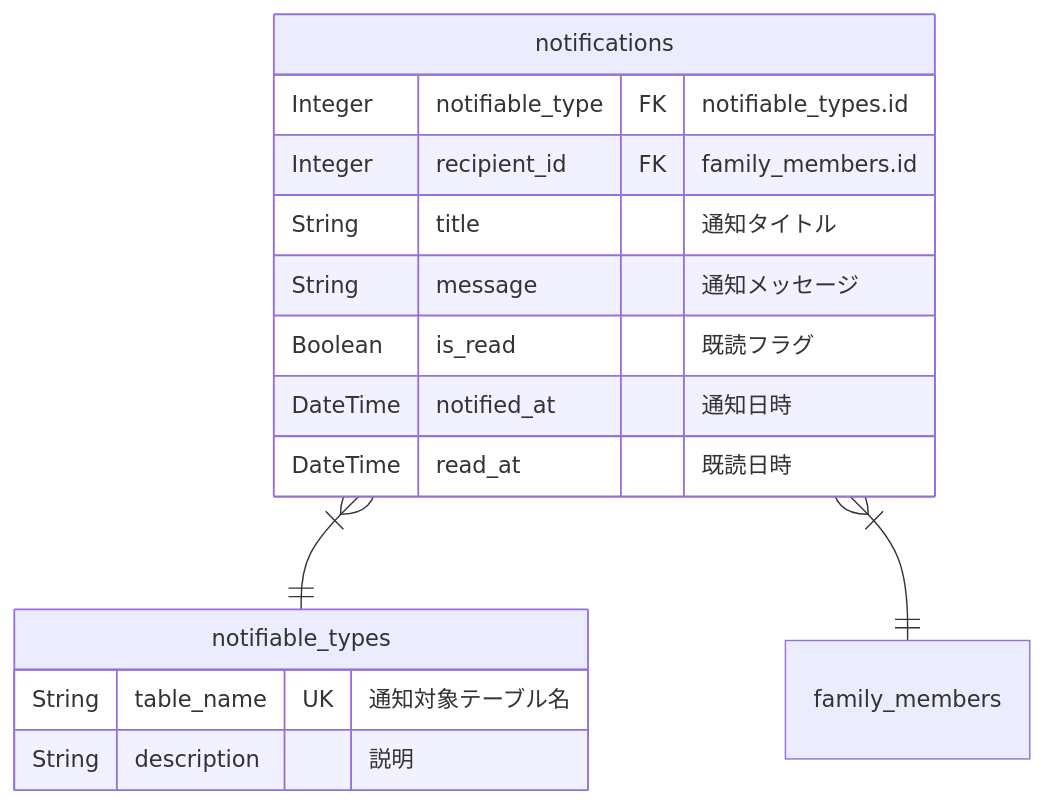
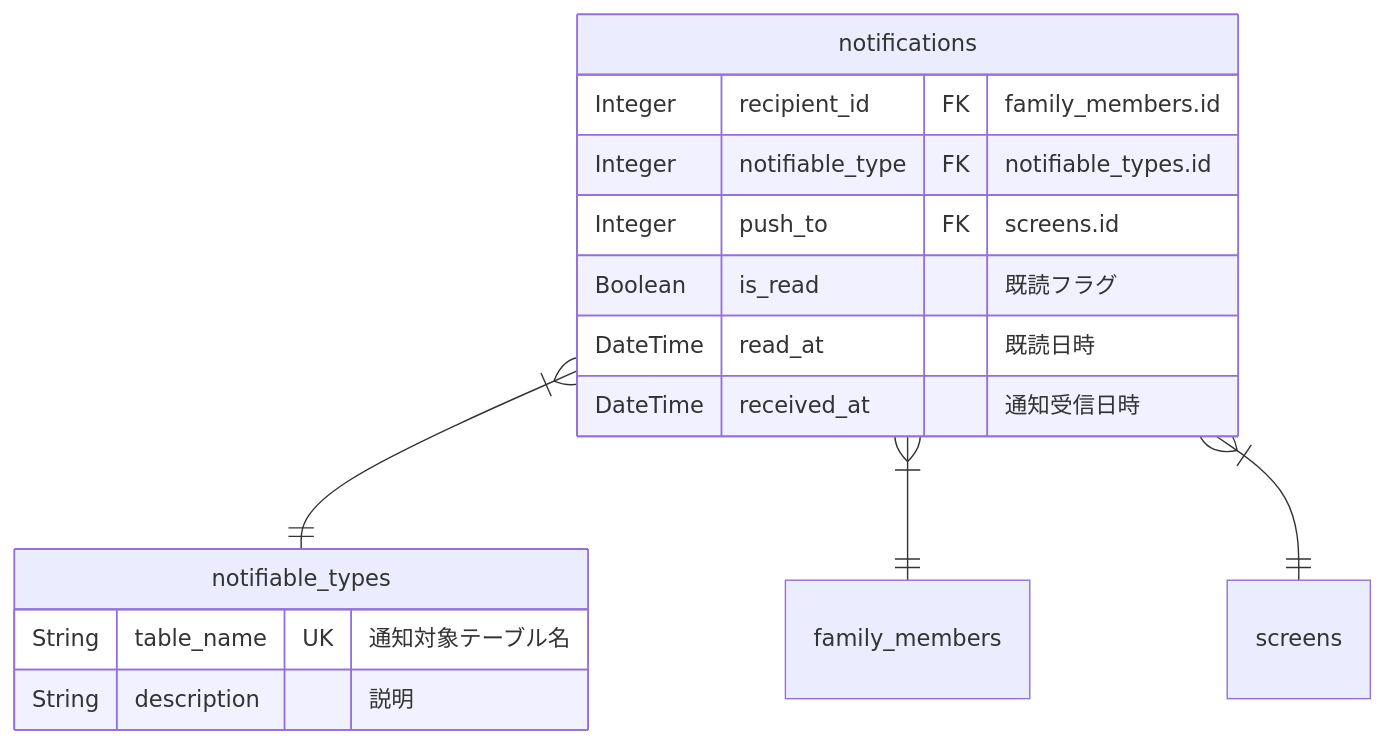
Diagram 16 of 17 in apps/api/docs/ja/uml/erd.md (shuhei1101/allowance-questboard), drawn with Mermaid before and after one commit. The commit also changed other lines of this file, not shown here.

Commit message:
Update ERD for notifications, child_statuses, quests, children, and comments entities

````diff
--- a/apps/api/docs/ja/uml/erd.md
+++ b/apps/api/docs/ja/uml/erd.md
@@ -618,22 +618,22 @@
 ```mermaid
 %% notification
 erDiagram
     notifications {
+        Integer recipient_id FK "family_members.id"
         Integer notifiable_type FK "notifiable_types.id"
-        Integer recipient_id FK "family_members.id"
-        String title "通知タイトル"
-        String message "通知メッセージ"
+        Integer push_to FK "screens.id"
         Boolean is_read "既読フラグ"
-        DateTime notified_at "通知日時"
         DateTime read_at "既読日時"
+        DateTime received_at "通知受信日時"
     }
 
     notifiable_types {
         String table_name UK "通知対象テーブル名"
         String description "説明"
     }
 
     %% Relationships
     notifications }|--|| notifiable_types: ""
     notifications }|--|| family_members: ""
+    notifications }|--|| screens: ""
 ```
````
